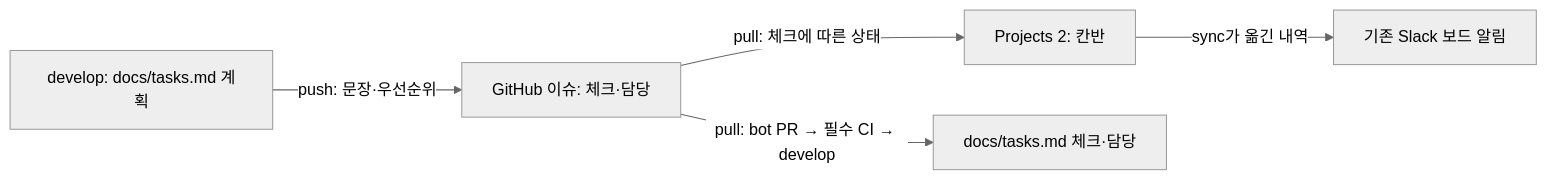
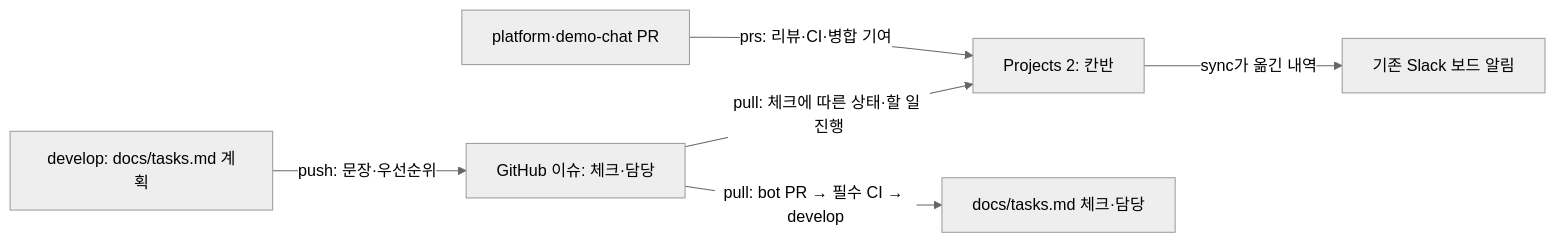
Before and after one commit to Softbank-Hackathon-Finals/platform: the diagram in docs/project-board.md, drawn with Mermaid (neutral theme). The commit also changed other lines of this file and 4 other files, not shown here.

````diff
--- a/docs/project-board.md
+++ b/docs/project-board.md
@@ -5,7 +5,8 @@
 ```mermaid
 flowchart LR
   Plan["develop: docs/tasks.md 계획"] -->|"push: 문장·우선순위"| Issue["GitHub 이슈: 체크·담당"]
-  Issue -->|"pull: 체크에 따른 상태"| Board["Projects 2: 칸반"]
+  Issue -->|"pull: 체크에 따른 상태·할 일 진행"| Board["Projects 2: 칸반"]
+  PR["platform·demo-chat PR"] -->|"prs: 리뷰·CI·병합 기여"| Board
   Issue -->|"pull: bot PR → 필수 CI → develop"| Local["docs/tasks.md 체크·담당"]
   Board -->|"sync가 옮긴 내역"| Slack["기존 Slack 보드 알림"]
 ```
````
